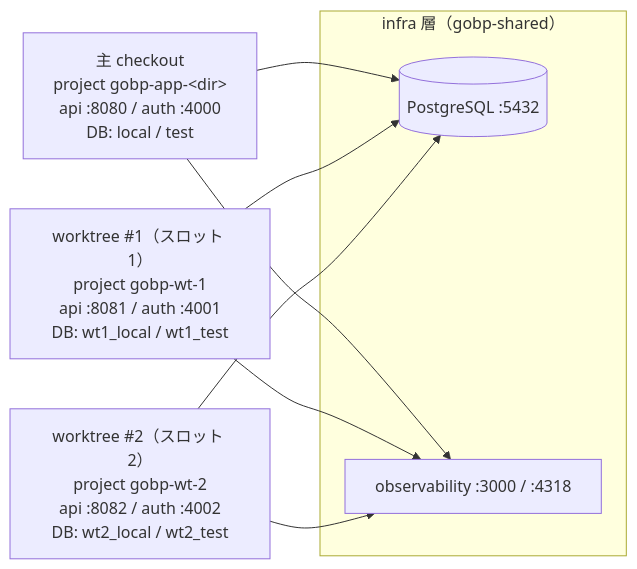
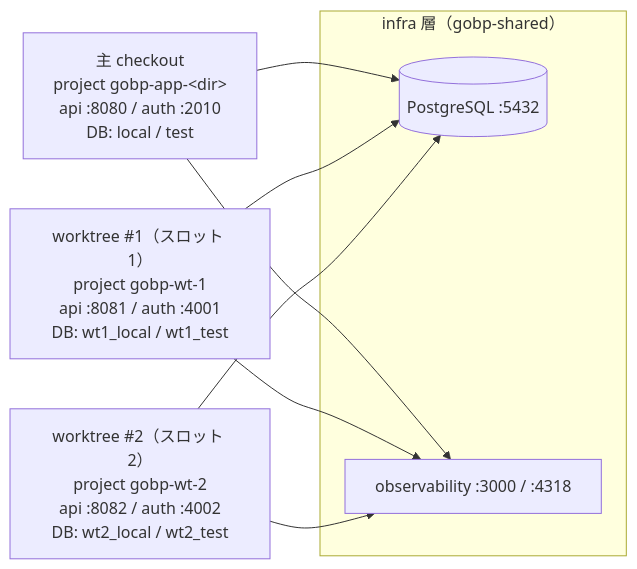
The second of 2 diagrams in docs/ja/maintenance/local-environment.ja.md (Tomy-ch/go-boilerplate), drawn with Mermaid before and after one commit. The commit also changed other lines of this file and 13 other files, not shown here.

````diff
--- a/docs/ja/maintenance/local-environment.ja.md
+++ b/docs/ja/maintenance/local-environment.ja.md
@@ -176,17 +195,17 @@
 ```mermaid
 graph LR
   subgraph shared["infra 層（gobp-shared）"]
     pg[("PostgreSQL :5432")]
     obs["observability :3000 / :4318"]
   end
-  main["主 checkout<br/>project gobp-app-&lt;dir&gt;<br/>api :8080 / auth :4000<br/>DB: local / test"]
+  main["主 checkout<br/>project gobp-app-&lt;dir&gt;<br/>api :8080 / auth :2010<br/>DB: local / test"]
   wt1["worktree #1（スロット 1）<br/>project gobp-wt-1<br/>api :8081 / auth :4001<br/>DB: wt1_local / wt1_test"]
   wt2["worktree #2（スロット 2）<br/>project gobp-wt-2<br/>api :8082 / auth :4002<br/>DB: wt2_local / wt2_test"]
 
   main --> pg
   wt1 --> pg
   wt2 --> pg
   main --> obs
   wt1 --> obs
   wt2 --> obs
 ```
````
